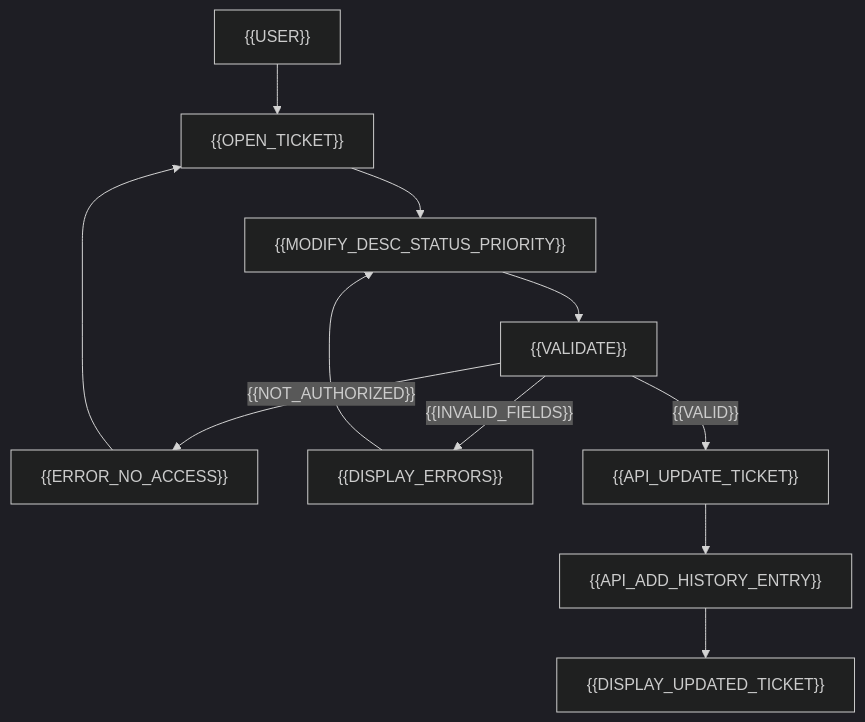
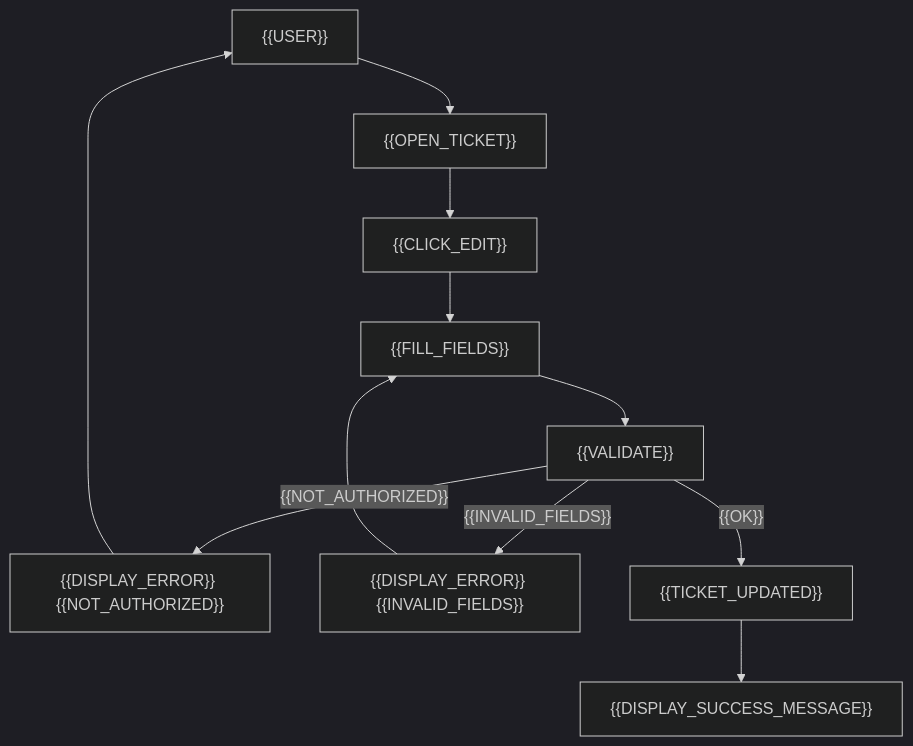
Before and after one commit to lchouville/NexaCore: the diagram in Documents/Edition-files/UserFlow/ticket-update.mmd, drawn with Mermaid. The commit also changed 148 other files, not shown here.

Commit message:
Add French translations for UI elements, API backend, architecture, database tables, fields, and types; remove outdated French translations; add English translations for new keys; update README with usage instructions.

```diff
--- a/Documents/Edition-files/UserFlow/ticket-update.mmd
+++ b/Documents/Edition-files/UserFlow/ticket-update.mmd
@@ -1,19 +1,30 @@
 ---
 config:
     theme: dark
     look: classic
     layout: dagre
 ---
 flowchart TB
-A["{{USER}}"] --> B["{{OPEN_TICKET}}"]
-B --> C["{{MODIFY_DESC_STATUS_PRIORITY}}"]
-C --> D["{{VALIDATE}}"]
-D -- "{{NOT_AUTHORIZED}}" --> E@{ label: "{{ERROR_NO_ACCESS}}" }
-E --> B
-D -- "{{INVALID_FIELDS}}" --> F["{{DISPLAY_ERRORS}}"]
-F --> C
-D -- "{{VALID}}" --> G["{{API_UPDATE_TICKET}}"]
-G --> H@{ label: "{{API_ADD_HISTORY_ENTRY}}" }
-H --> I["{{DISPLAY_UPDATED_TICKET}}"]
-E@{ shape: rect}
-H@{ shape: rect}
+
+%% Nodes definition
+A["{{USER}}"] 
+B["{{OPEN_TICKET}}"]
+C["{{CLICK_EDIT}}"]
+D["{{FILL_FIELDS}}"]
+E["{{VALIDATE}}"]
+Fn["{{DISPLAY_ERROR}} {{NOT_AUTHORIZED}}"]
+Fn2["{{DISPLAY_ERROR}} {{INVALID_FIELDS}}"]
+Fy["{{TICKET_UPDATED}}"]
+G["{{DISPLAY_SUCCESS_MESSAGE}}"]
+
+%% Flow definition
+A --> B
+B --> C
+C --> D
+D --> E
+E -->|"{{NOT_AUTHORIZED}}"| Fn
+Fn --> A
+E -->|"{{INVALID_FIELDS}}"| Fn2
+Fn2 --> D
+E -->|"{{OK}}"| Fy
+Fy --> G
```
